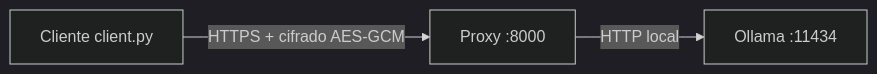
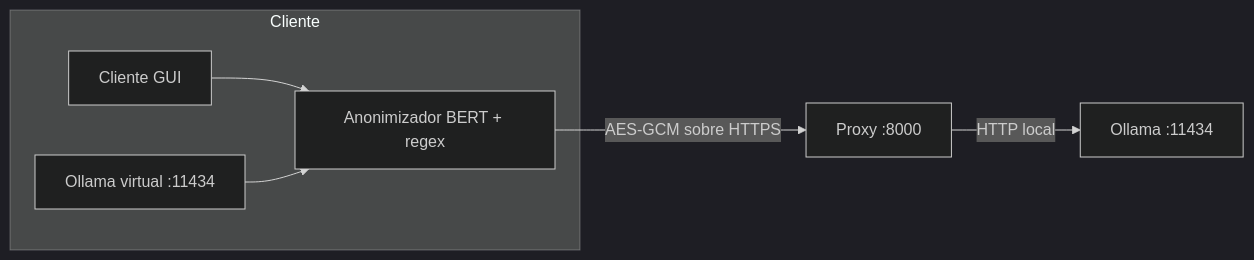
One commit to ramsestein/ollama_sliplane changed the first of 2 diagrams in README.md. Above: the diagram before and after it, drawn with Mermaid (dark theme). The commit also changed other lines of this file and 18 other files, not shown here.

````diff
--- a/README.md
+++ b/README.md
@@ -9,5 +23,9 @@
 ```mermaid
 flowchart LR
-    C[Cliente client.py] -- "HTTPS + cifrado AES-GCM" --> P[Proxy :8000]
-    P -- "HTTP local" --> O[Ollama :11434]
+    subgraph Cliente
+      GUI[Cliente GUI] --> AN[Anonimizador BERT + regex]
+      LO[Ollama virtual :11434] --> AN
+    end
+    AN -- "AES-GCM sobre HTTPS" --> PX[Proxy :8000]
+    PX -- "HTTP local" --> OL[Ollama :11434]
 ```
````
